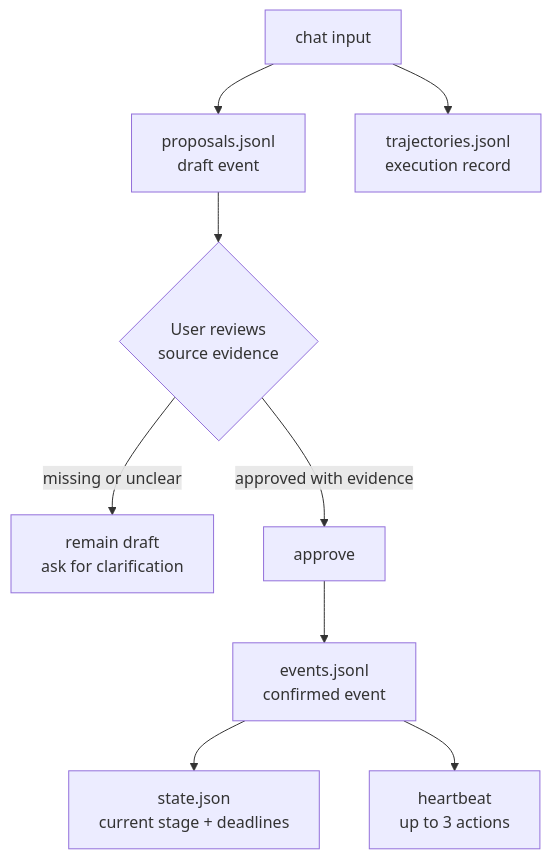
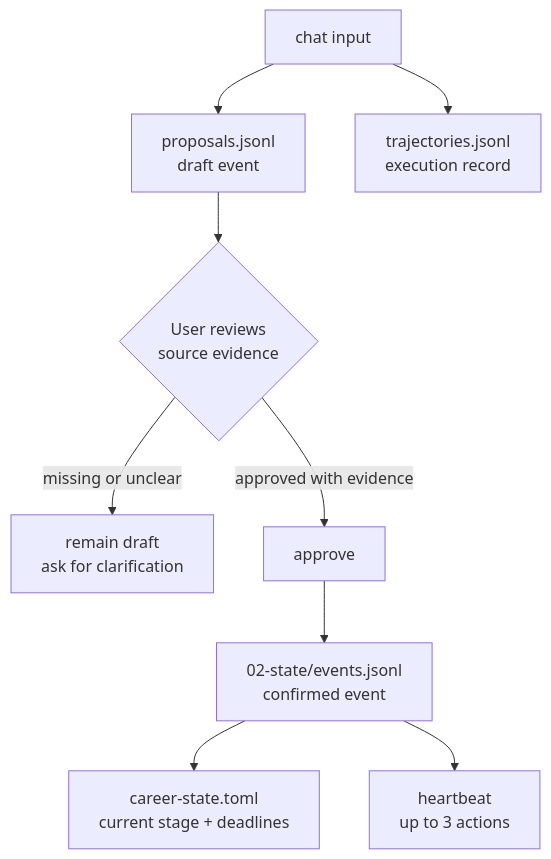
One commit to younnieCutler/japan-career-agent changed the second of 4 diagrams in README.md. Above: the diagram before and after it, drawn with Mermaid. The commit also changed other lines of this file and 13 other files, not shown here.

````diff
--- a/README.md
+++ b/README.md
@@ -145,11 +174,11 @@
 ```mermaid
 flowchart TB
     C["chat input"] --> Q["proposals.jsonl<br/>draft event"]
     Q --> R{"User reviews<br/>source evidence"}
     R -->|missing or unclear| X["remain draft<br/>ask for clarification"]
     R -->|approved with evidence| A["approve"]
-    A --> E["events.jsonl<br/>confirmed event"]
-    E --> S["state.json<br/>current stage + deadlines"]
+    A --> E["02-state/events.jsonl<br/>confirmed event"]
+    E --> S["career-state.toml<br/>current stage + deadlines"]
     E --> H["heartbeat<br/>up to 3 actions"]
     C --> T["trajectories.jsonl<br/>execution record"]
 ```
````
